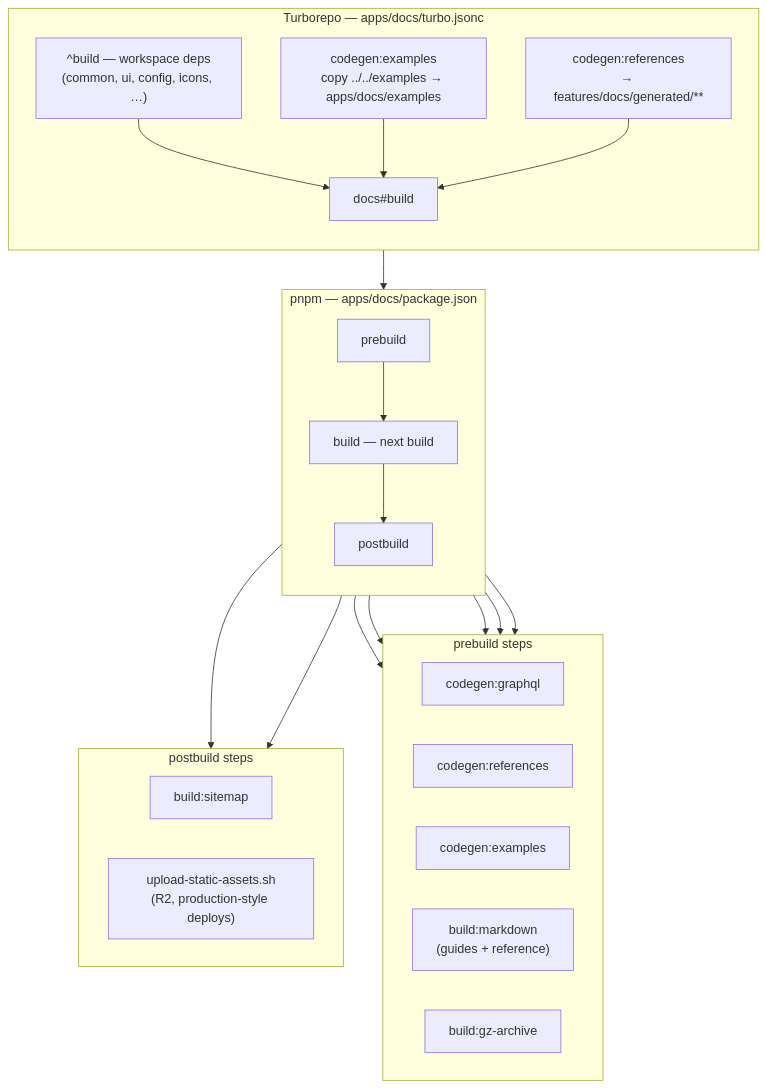
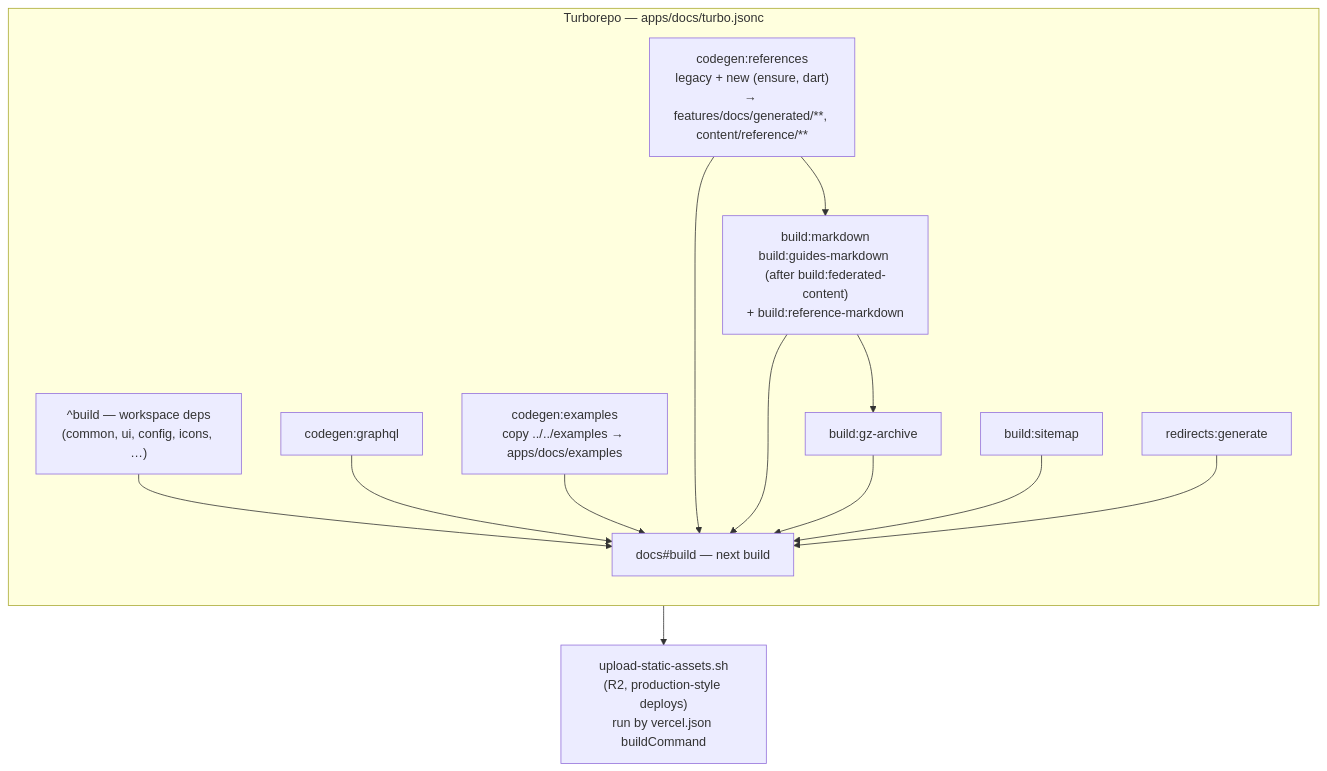
One commit to supabase/supabase changed the diagram in .agents/skills/ask-the-docs/reference/build-pipeline.md. Above: the diagram before and after it, drawn with Mermaid. The commit also changed other lines of this file and 22 other files, not shown here.

````diff
--- a/.agents/skills/ask-the-docs/reference/build-pipeline.md
+++ b/.agents/skills/ask-the-docs/reference/build-pipeline.md
@@ -9,46 +11,25 @@
 ```mermaid
 flowchart TB
   subgraph turbo["Turborepo — apps/docs/turbo.jsonc"]
     direction TB
     WP["^build — workspace deps<br/>(common, ui, config, icons, …)"]
-    CE["codegen:examples<br/>copy ../../examples → apps/docs/examples"]
-    CR["codegen:references<br/>→ features/docs/generated/**"]
-    WP --> DOC["docs#build"]
-    CE --> DOC
+    GQL["codegen:graphql"]
+    EX["codegen:examples<br/>copy ../../examples → apps/docs/examples"]
+    CR["codegen:references<br/>legacy + new (ensure, dart)<br/>→ features/docs/generated/**, content/reference/**"]
+    MD["build:markdown<br/>build:guides-markdown (after build:federated-content)<br/>+ build:reference-markdown"]
+    GZ["build:gz-archive"]
+    SM["build:sitemap"]
+    RD["redirects:generate"]
+    CR --> MD --> GZ
+    WP --> DOC["docs#build — next build"]
+    GQL --> DOC
+    EX --> DOC
     CR --> DOC
+    MD --> DOC
+    GZ --> DOC
+    SM --> DOC
+    RD --> DOC
   end
 
-  subgraph npm["pnpm — apps/docs/package.json"]
-    direction TB
-    PRE["prebuild"]
-    NB["build — next build"]
-    POST["postbuild"]
-    PRE --> NB --> POST
-  end
-
-  DOC --> PRE
-
-  subgraph pre["prebuild steps"]
-    direction LR
-    GQL["codegen:graphql"]
-    REF["codegen:references"]
-    EX["codegen:examples"]
-    GM["build:markdown<br/>(guides + reference)"]
-    GZ["build:gz-archive"]
-  end
-
-  PRE --> GQL
-  PRE --> REF
-  PRE --> EX
-  PRE --> GM
-  PRE --> GZ
-
-  subgraph post["postbuild steps"]
-    direction LR
-    SM["build:sitemap"]
-    CDN["upload-static-assets.sh<br/>(R2, production-style deploys)"]
-  end
-
-  POST --> SM
-  POST --> CDN
+  DOC --> CDN["upload-static-assets.sh<br/>(R2, production-style deploys)<br/>run by vercel.json buildCommand"]
 ```
````
